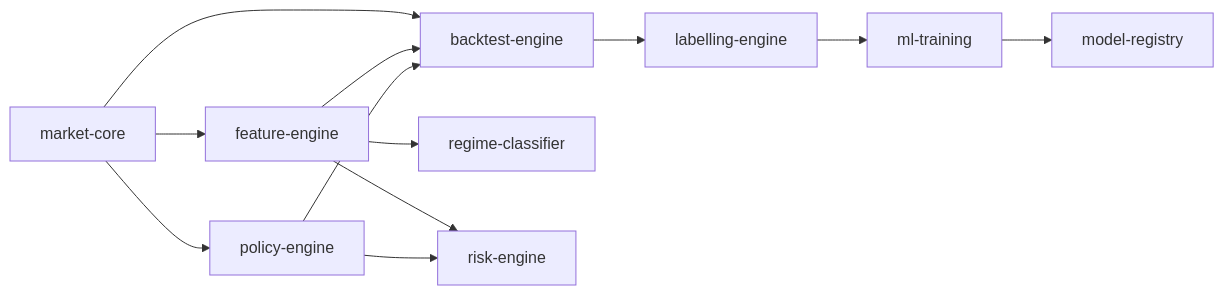
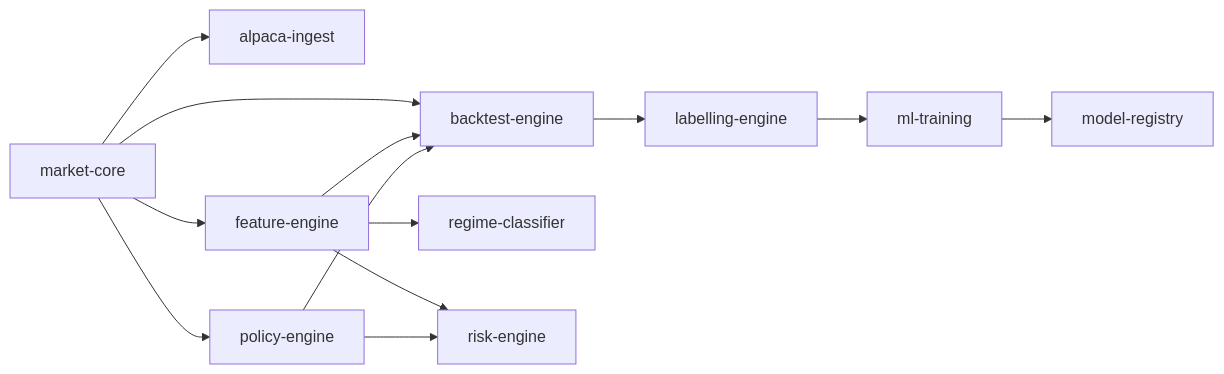
Before and after one commit to SolStis86/trade-engine: the fourth of 4 diagrams in docs/components/00-component-map.md, drawn with Mermaid. The commit also changed other lines of this file, not shown here.

Commit message:
Update component map for Rust ingest

````diff
--- a/docs/components/00-component-map.md
+++ b/docs/components/00-component-map.md
@@ -117,14 +117,15 @@
 ```mermaid
 flowchart LR
-    A[market-core] --> B[feature-engine]
-    A --> C[policy-engine]
-    A --> D[backtest-engine]
-    B --> D
-    C --> D
-    B --> E[regime-classifier]
-    B --> F[risk-engine]
-    C --> F
-    D --> G[labelling-engine]
-    G --> H[ml-training]
-    H --> I[model-registry]
+    A[market-core] --> B[alpaca-ingest]
+    A --> C[feature-engine]
+    A --> D[policy-engine]
+    A --> E[backtest-engine]
+    C --> E
+    D --> E
+    C --> F[regime-classifier]
+    C --> G[risk-engine]
+    D --> G
+    E --> H[labelling-engine]
+    H --> I[ml-training]
+    I --> J[model-registry]
 ```
````
